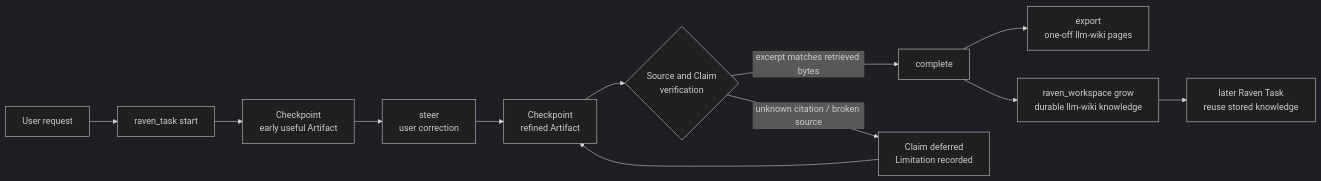
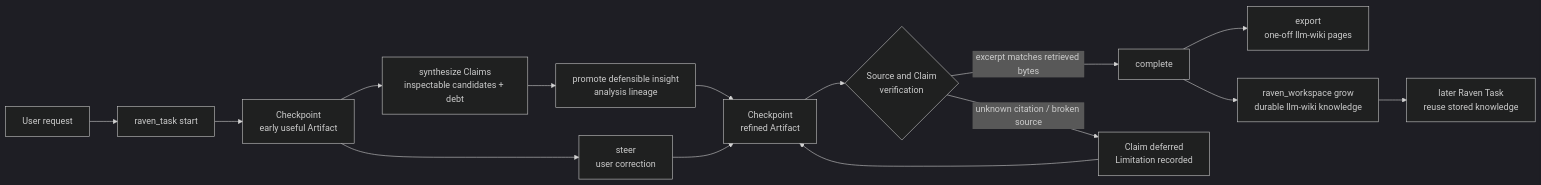
The diagram in README.md (wxxb789/dsh-raven-research), drawn with Mermaid (dark theme) before and after one commit. The commit also changed other lines of this file and 21 other files, not shown here.

````diff
--- a/README.md
+++ b/README.md
@@ -555,14 +606,17 @@
 ```mermaid
 flowchart LR
   U[User request] --> S["raven_task start"]
   S --> C1["Checkpoint<br/>early useful Artifact"]
+  C1 --> SY["synthesize Claims<br/>inspectable candidates + debt"]
+  SY --> IC["promote defensible insight<br/>analysis lineage"]
+  IC --> C2["Checkpoint<br/>refined Artifact"]
   C1 --> ST["steer<br/>user correction"]
-  ST --> C2["Checkpoint<br/>refined Artifact"]
+  ST --> C2
   C2 --> V{"Source and Claim<br/>verification"}
   V -- "excerpt matches retrieved bytes" --> D["complete"]
   V -- "unknown citation / broken source" --> L["Claim deferred<br/>Limitation recorded"]
   L --> C2
   D --> E["export<br/>one-off llm-wiki pages"]
   D --> W["raven_workspace grow<br/>durable llm-wiki knowledge"]
   W --> S2["later Raven Task<br/>reuse stored knowledge"]
 ```
````
